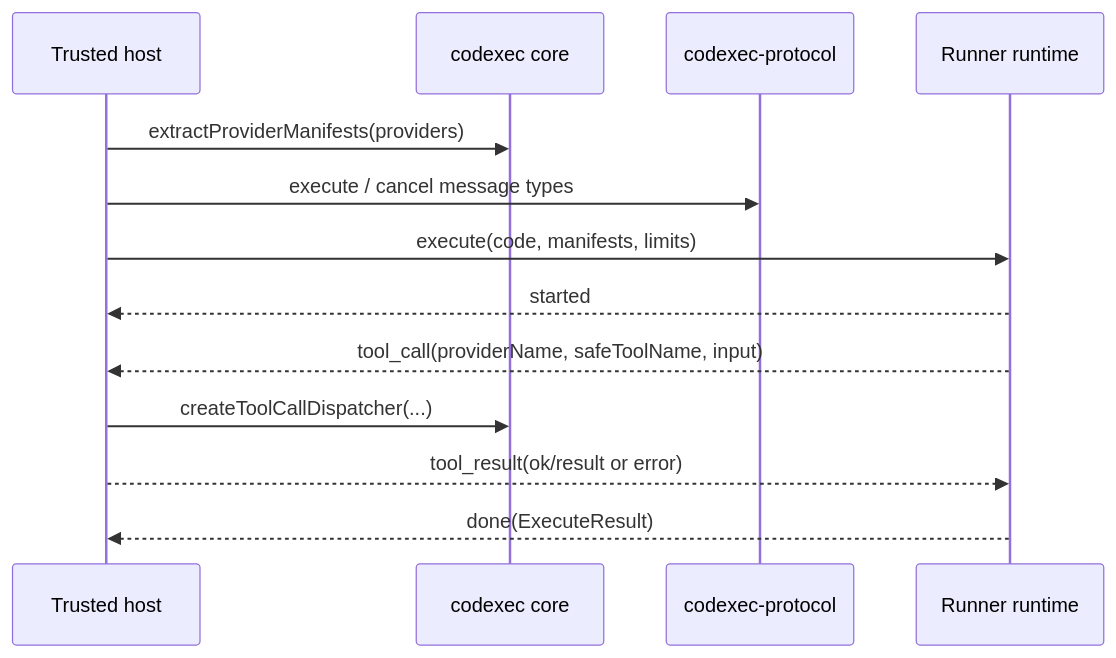
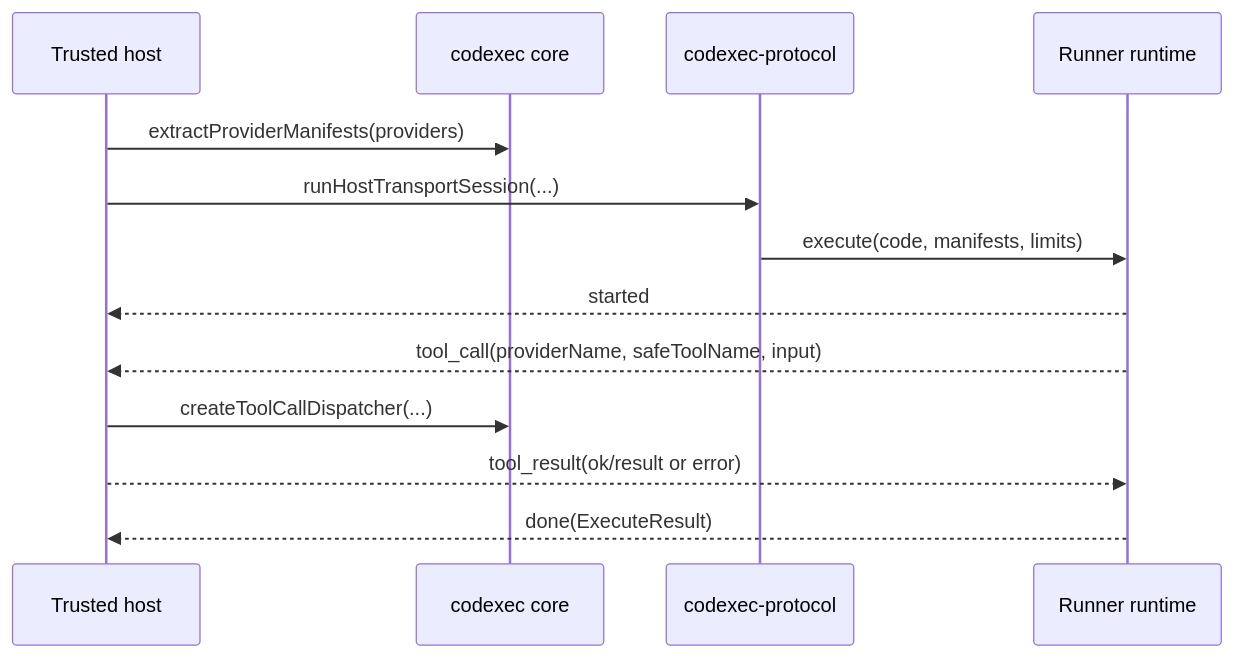
The second of 3 diagrams in docs/codexec/architecture/codexec-mcp-and-protocol.md (aallam/mcploom), drawn with Mermaid before and after one commit. The commit also changed other lines of this file and 28 other files, not shown here.

````diff
--- a/docs/codexec/architecture/codexec-mcp-and-protocol.md
+++ b/docs/codexec/architecture/codexec-mcp-and-protocol.md
@@ -53,16 +54,16 @@
 ```mermaid
 sequenceDiagram
     participant Dispatcher as Trusted host
     participant Core as codexec core
     participant Protocol as codexec-protocol
     participant Runner as Runner runtime
 
     Dispatcher->>Core: extractProviderManifests(providers)
-    Dispatcher->>Protocol: execute / cancel message types
-    Dispatcher->>Runner: execute(code, manifests, limits)
+    Dispatcher->>Protocol: runHostTransportSession(...)
+    Protocol->>Runner: execute(code, manifests, limits)
     Runner-->>Dispatcher: started
     Runner-->>Dispatcher: tool_call(providerName, safeToolName, input)
     Dispatcher->>Core: createToolCallDispatcher(...)
     Dispatcher-->>Runner: tool_result(ok/result or error)
     Runner-->>Dispatcher: done(ExecuteResult)
 ```
````
